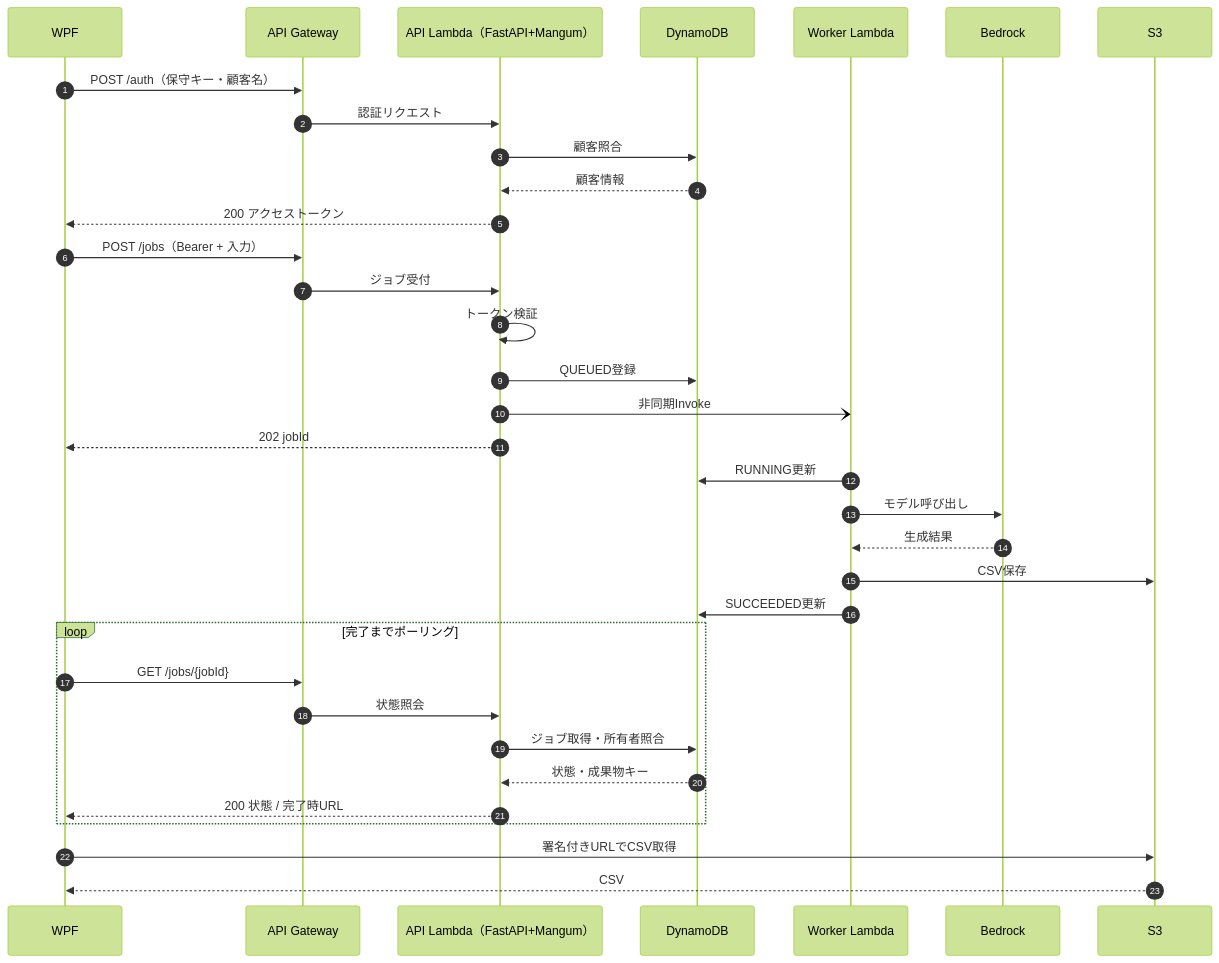
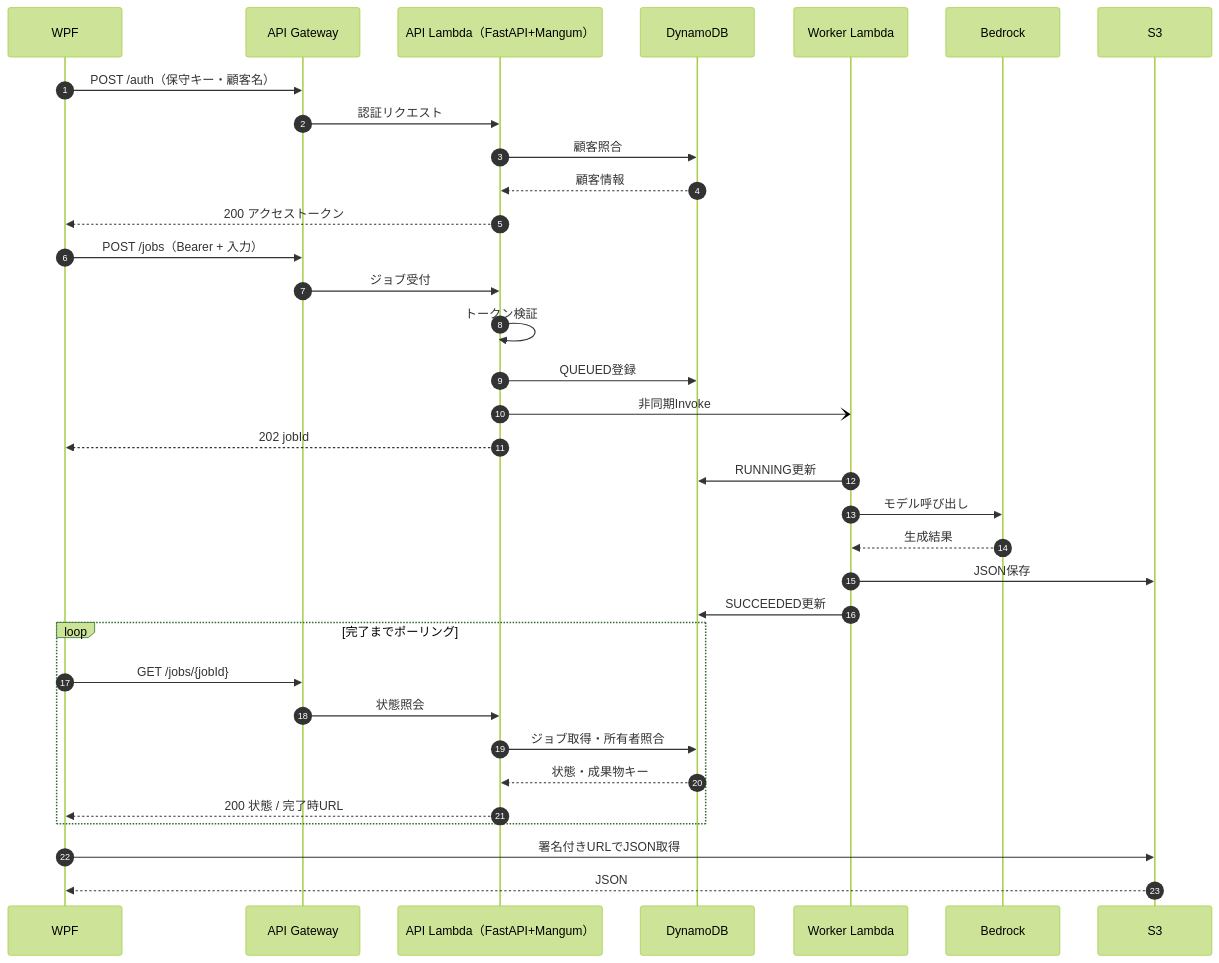
The diagram in docs/sequence.md (knmo000-tech/awsMemo), drawn with Mermaid (forest theme) before and after one commit. The commit also changed other lines of this file, not shown here.

Commit message:
docs: change generated artifact from CSV to JSON, preserve async S3 flow

````diff
--- a/docs/sequence.md
+++ b/docs/sequence.md
@@ -6,36 +6,36 @@
 ```mermaid
 sequenceDiagram
     autonumber
     participant C as WPF
     participant G as API Gateway
     participant A as API Lambda（FastAPI+Mangum）
     participant D as DynamoDB
     participant W as Worker Lambda
     participant B as Bedrock
     participant S as S3
     C->>G: POST /auth（保守キー・顧客名）
     G->>A: 認証リクエスト
     A->>D: 顧客照合
     D-->>A: 顧客情報
     A-->>C: 200 アクセストークン
     C->>G: POST /jobs（Bearer + 入力）
     G->>A: ジョブ受付
     A->>A: トークン検証
     A->>D: QUEUED登録
     A-)W: 非同期Invoke
     A-->>C: 202 jobId
     W->>D: RUNNING更新
     W->>B: モデル呼び出し
     B-->>W: 生成結果
-    W->>S: CSV保存
+    W->>S: JSON保存
     W->>D: SUCCEEDED更新
     loop 完了までポーリング
         C->>G: GET /jobs/{jobId}
         G->>A: 状態照会
         A->>D: ジョブ取得・所有者照合
         D-->>A: 状態・成果物キー
         A-->>C: 200 状態 / 完了時URL
     end
-    C->>S: 署名付きURLでCSV取得
-    S-->>C: CSV
+    C->>S: 署名付きURLでJSON取得
+    S-->>C: JSON
 ```
````
